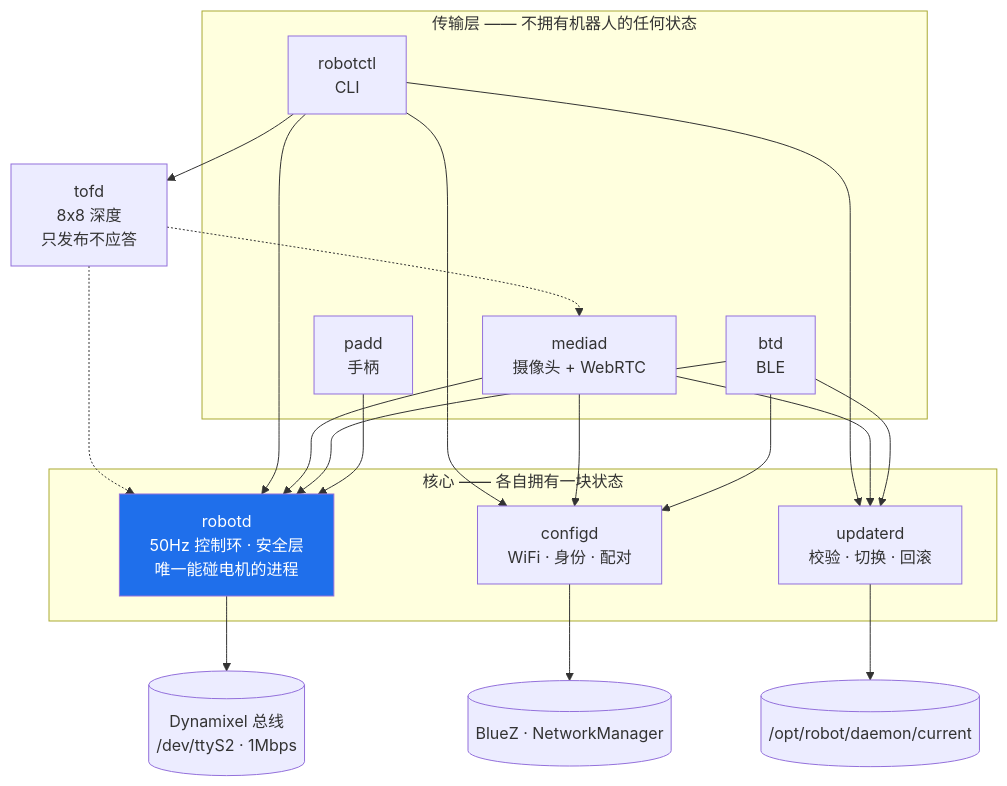
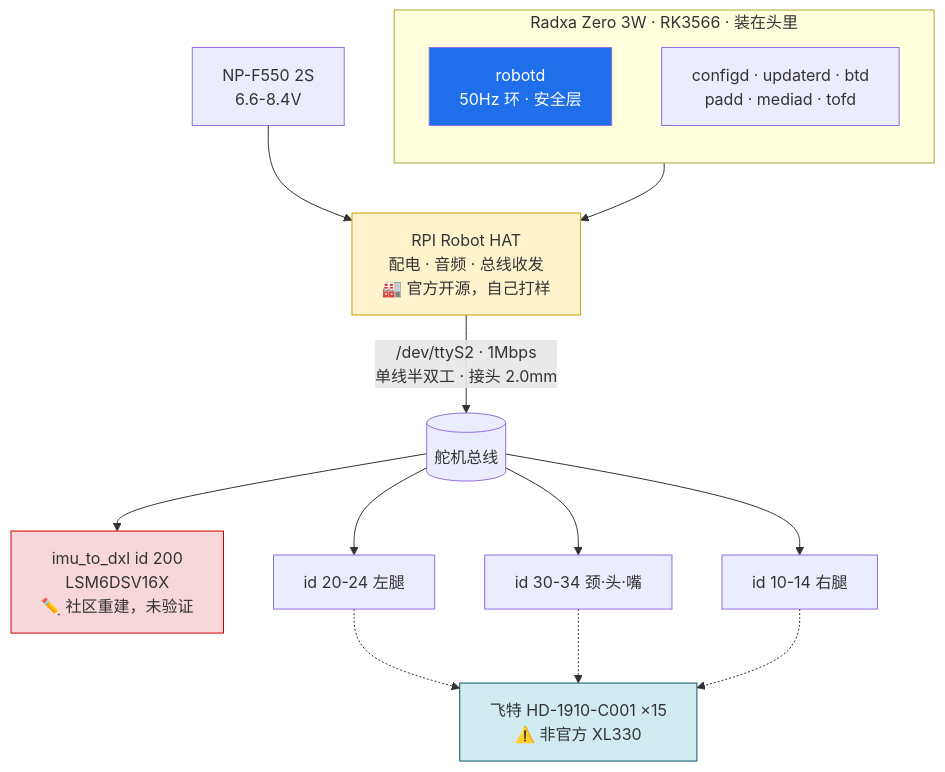
One commit to raphael2053/microduck-rebuild changed the diagram in AGENTS.md. Above: the diagram before and after it, drawn with Mermaid. The commit also changed other lines of this file and 10 other files, not shown here.

````diff
--- a/AGENTS.md
+++ b/AGENTS.md
@@ -52,24 +39,21 @@
 ```mermaid
 graph TB
-    subgraph 传输层["传输层 —— 不拥有机器人的任何状态"]
-        padd[padd<br/>手柄]
-        btd[btd<br/>BLE]
-        mediad[mediad<br/>摄像头 + WebRTC]
-        robotctl[robotctl<br/>CLI]
+    subgraph BOARD["Radxa Zero 3W · RK3566 · 装在头里"]
+        direction TB
+        RD[robotd<br/>50Hz 环 · 安全层]:::core
+        OTH[configd · updaterd · btd<br/>padd · mediad · tofd]
     end
-    subgraph 核心["核心 —— 各自拥有一块状态"]
-        robotd[robotd<br/>50Hz 控制环 · 安全层<br/>唯一能碰电机的进程]:::core
-        configd[configd<br/>WiFi · 身份 · 配对]
-        updaterd[updaterd<br/>校验 · 切换 · 回滚]
-    end
-    tofd[tofd<br/>8x8 深度<br/>只发布不应答]
-    padd --> robotd
-    btd --> robotd & configd & updaterd
-    mediad --> robotd & configd & updaterd
-    robotctl --> robotd & configd & updaterd & tofd
-    tofd -.-> mediad & robotd
-    robotd --> BUS[(Dynamixel 总线<br/>/dev/ttyS2 · 1Mbps)]
-    configd --> DBUS[(BlueZ · NetworkManager)]
-    updaterd --> FS[("/opt/robot/daemon/current")]
+    HAT["RPI Robot HAT<br/>配电 · 音频 · 总线收发<br/>🏭 官方开源，自己打样"]:::mk
+    BOARD --> HAT
+    HAT -->|"/dev/ttyS2 · 1Mbps<br/>单线半双工 · 接头 2.0mm"| BUS[(舵机总线)]
+    BUS --> IMU["imu_to_dxl id 200<br/>LSM6DSV16X<br/>✏️ 社区重建，未验证"]:::warn
+    BUS --> L["id 20-24 左腿"]
+    BUS --> H["id 30-34 颈·头·嘴"]
+    BUS --> R["id 10-14 右腿"]
+    L & H & R -.-> SV["飞特 HD-1910-C001 ×15<br/>⚠️ 非官方 XL330"]:::delta
+    BAT["NP-F550 2S<br/>6.6-8.4V"] --> HAT
     classDef core fill:#1f6feb,color:#fff
+    classDef mk fill:#fff3cd,stroke:#d39e00
+    classDef warn fill:#f8d7da,stroke:#c00
+    classDef delta fill:#d1ecf1,stroke:#0c5460
 ```
````
